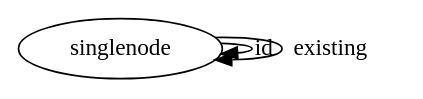
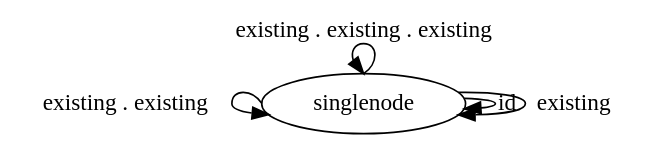
Before and after one commit to awalterschulze/category-theory-for-programmers-challenges: the second of 6 diagrams in 103-Categories-Great-and-Small.md, drawn with Graphviz. The commit also changed other lines of this file and 1 other file, not shown here.

Commit message:
correction to 3.1.2

````diff
--- a/103-Categories-Great-and-Small.md
+++ b/103-Categories-Great-and-Small.md
@@ -24,6 +24,8 @@
 ```dot
 digraph G {
-  singlenode -> singlenode [label="id"]
-  singlenode -> singlenode [label="existing"]
+    singlenode -> singlenode [label = "id"]
+    singlenode -> singlenode [label = "existing"]
+    singlenode:w -> singlenode [label = "existing . existing"]
+    singlenode:n -> singlenode:n [label = "existing . existing . existing"]
 }
 ```
````
